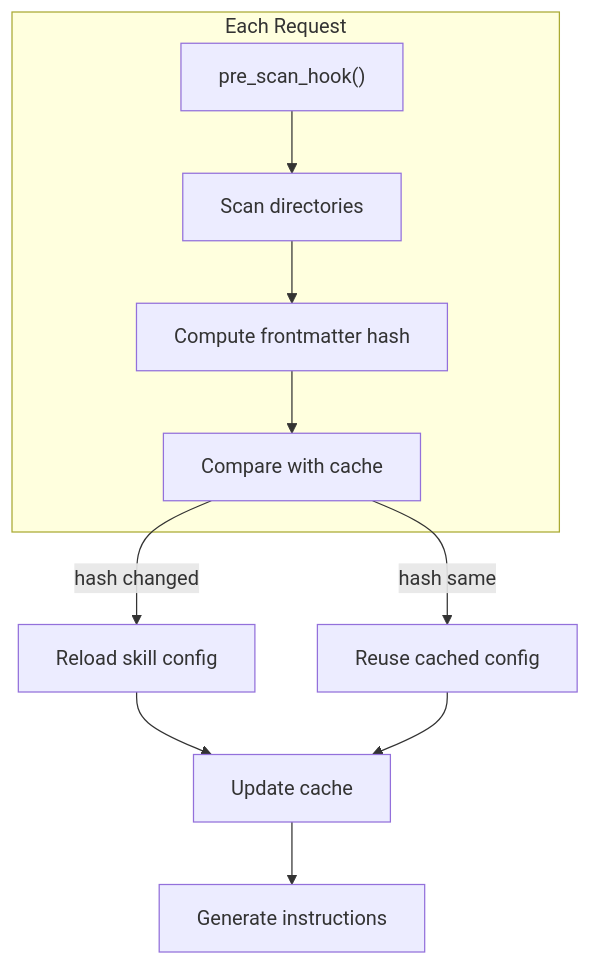
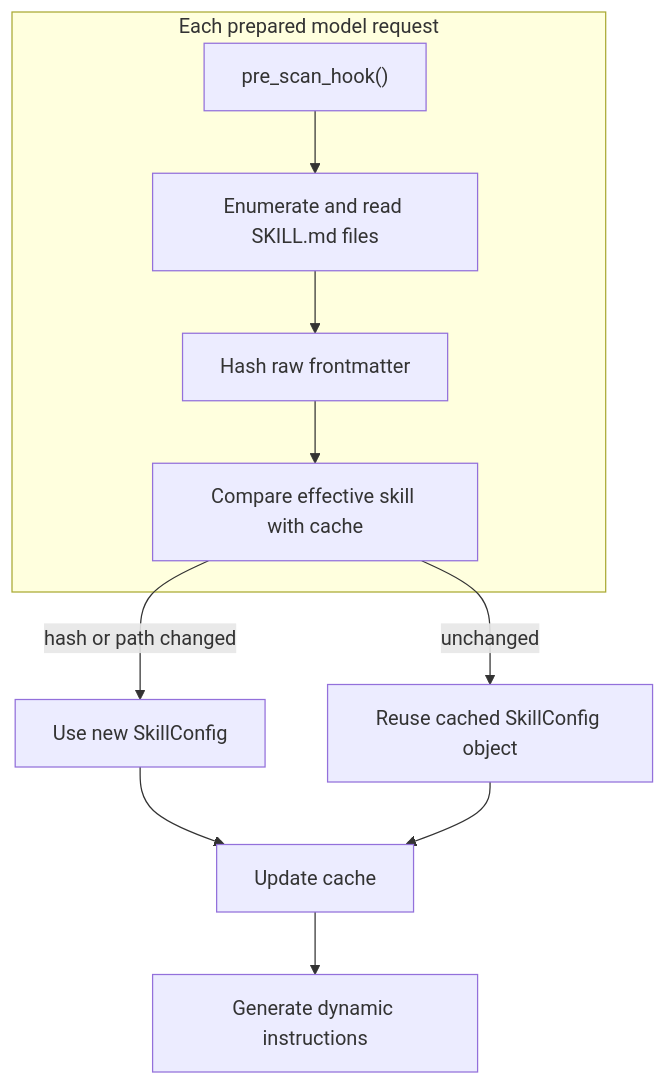
One commit to Alexsu26/ya-mono changed the fourth of 4 diagrams in packages/yaacli/yaacli/skills/building-agents/skills.md. Above: the diagram before and after it, drawn with Mermaid. The commit also changed other lines of this file and 19 other files, not shown here.

````diff
--- a/packages/yaacli/yaacli/skills/building-agents/skills.md
+++ b/packages/yaacli/yaacli/skills/building-agents/skills.md
@@ -296,18 +297,18 @@
 ```mermaid
 flowchart TB
-    subgraph Request["Each Request"]
+    subgraph ModelRequest["Each prepared model request"]
         Hook["pre_scan_hook()"]
-        Scan["Scan directories"]
-        Hash["Compute frontmatter hash"]
-        Compare["Compare with cache"]
+        Scan["Enumerate and read SKILL.md files"]
+        Hash["Hash raw frontmatter"]
+        Compare["Compare effective skill with cache"]
     end
 
     Hook --> Scan --> Hash --> Compare
 
-    Compare -->|hash changed| Reload["Reload skill config"]
-    Compare -->|hash same| Reuse["Reuse cached config"]
+    Compare -->|hash or path changed| Replace["Use new SkillConfig"]
+    Compare -->|unchanged| Reuse["Reuse cached SkillConfig object"]
 
-    Reload --> Cache["Update cache"]
+    Replace --> Cache["Update cache"]
     Reuse --> Cache
-    Cache --> Instructions["Generate instructions"]
+    Cache --> Instructions["Generate dynamic instructions"]
 ```
````
